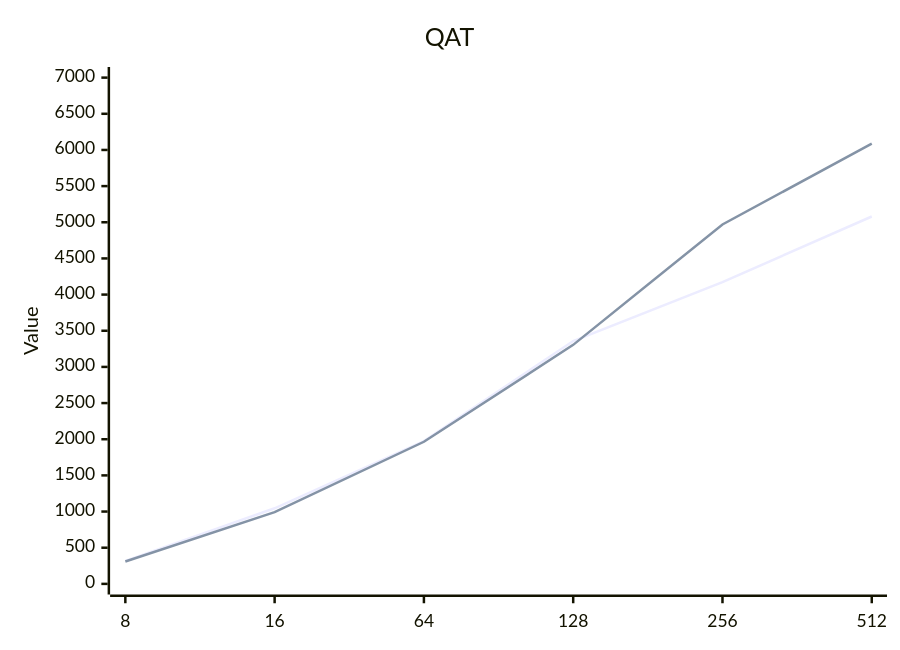
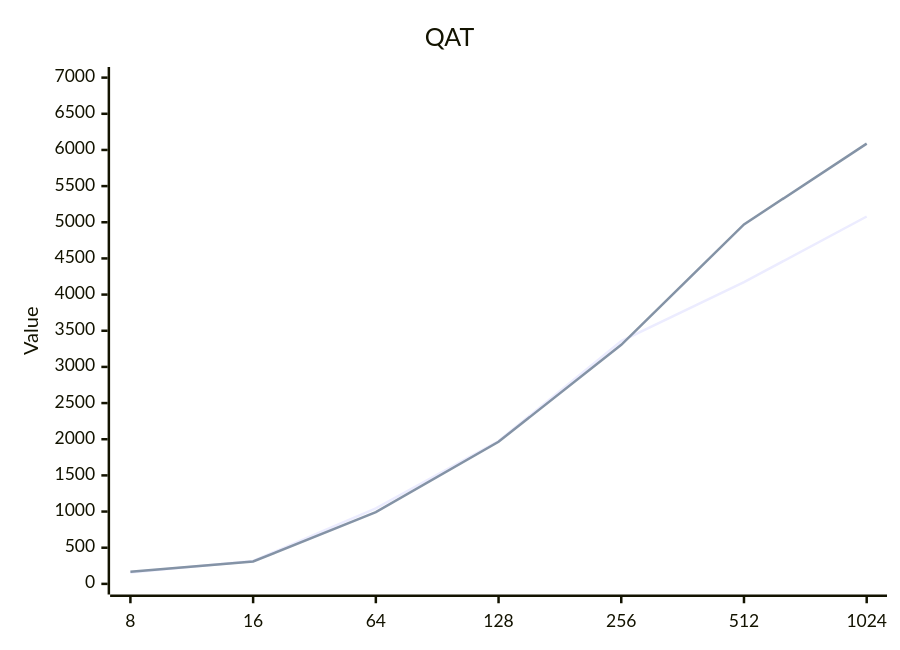
The second of 3 diagrams in reports/llama-70B-run.md (slakumalla-intel/AIHeadNode), drawn with Mermaid before and after one commit. The commit also changed other lines of this file, not shown here.

````diff
--- a/reports/llama-70B-run.md
+++ b/reports/llama-70B-run.md
@@ -103,8 +104,8 @@
 ```mermaid
 xychart-beta
     title "QAT"
-    x-axis [8, 16, 64, 128, 256, 512]
+    x-axis [8, 16, 64, 128, 256, 512, 1024]
     y-axis "Value" 0 --> 7000
-    line "Tokens/s QAT ON FP8" [317, 1045, 1975, 3358, 4172, 5080]
-    line "Tokens/s QAT OFF FP8" [309, 992, 1965, 3305, 4970, 6087]
+    line "Tokens/s QAT ON FP8" [157, 317, 1045, 1975, 3358, 4172, 5080]
+    line "Tokens/s QAT OFF FP8" [169, 309, 992, 1965, 3305, 4970, 6087]
 ```
````
